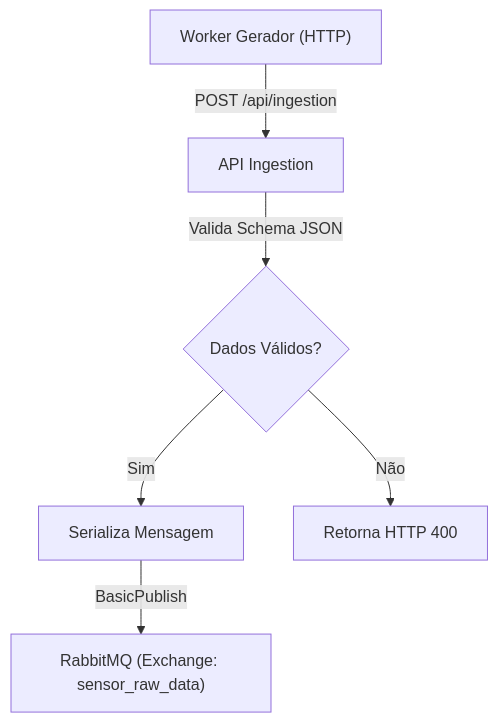
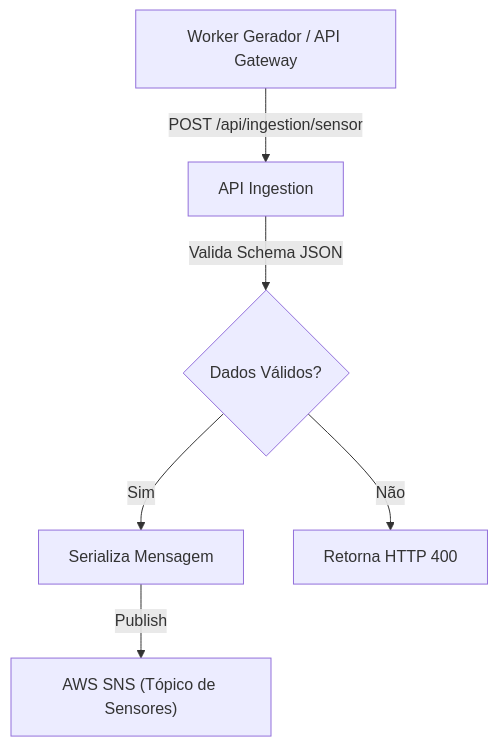
The diagram in README.md (humbertoluis22/agrosolutions-service-ingestion), drawn with Mermaid before and after one commit. The commit also changed other lines of this file, not shown here.

````diff
--- a/README.md
+++ b/README.md
@@ -45,8 +44,9 @@
 ```mermaid
 graph TD
-    A["Worker Gerador (HTTP)"] -->|POST /api/ingestion| B["API Ingestion"]
+    A["Worker Gerador / API Gateway"] -->|POST /api/ingestion/sensor| B["API Ingestion"]
     B -->|Valida Schema JSON| C{Dados Válidos?}
     C -- Sim --> D["Serializa Mensagem"]
-    D -->|BasicPublish| E["RabbitMQ (Exchange: sensor_raw_data)"]
+    D -->|Publish| E["AWS SNS (Tópico de Sensores)"]
     C -- Não --> F["Retorna HTTP 400"]
+
 ```
````
